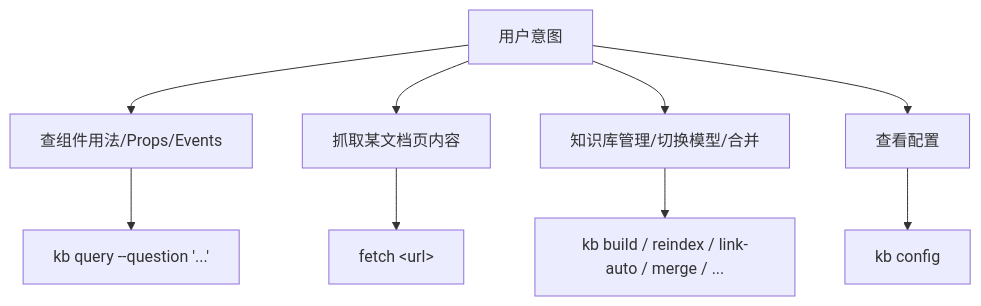
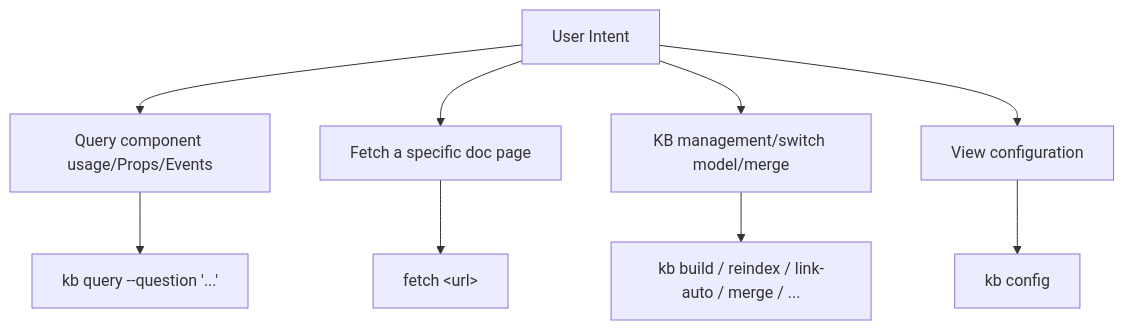
The diagram in SKILL.md (Kirky-X/element-dev), drawn with Mermaid before and after one commit. The commit also changed other lines of this file and 9 other files, not shown here.

````diff
--- a/SKILL.md
+++ b/SKILL.md
@@ -27,12 +27,12 @@
 ```mermaid
 flowchart TD
-    A[用户意图] --> B["查组件用法/Props/Events"]
-    A --> D["抓取某文档页内容"]
-    A --> F["知识库管理/切换模型/合并"]
-    A --> H["查看配置"]
+    A[User Intent] --> B["Query component usage/Props/Events"]
+    A --> D["Fetch a specific doc page"]
+    A --> F["KB management/switch model/merge"]
+    A --> H["View configuration"]
 
     B --> B1["kb query --question '...'"]
     D --> D1["fetch &lt;url&gt;"]
     F --> F1["kb build / reindex / link-auto / merge / ..."]
     H --> H1["kb config"]
 ```
````
